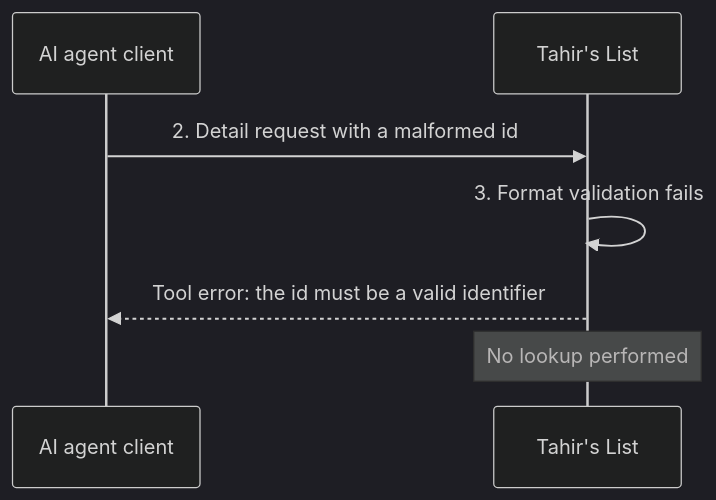
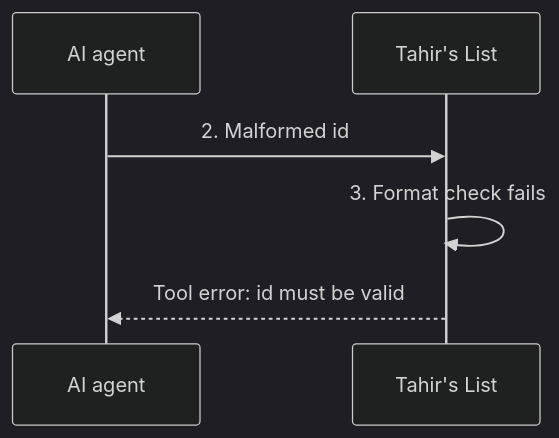
The fifth of 5 diagrams in docs/features/SC-209/04-blackbox/UC-02-view-restaurant.md (Losers-Lab/tahirs-list), drawn with Mermaid (dark theme) before and after one commit. The commit also changed other lines of this file and 10 other files, not shown here.

Commit message:
[SC-209] Retrofit design to diagram-first standard

````diff
--- a/docs/features/SC-209/04-blackbox/UC-02-view-restaurant.md
+++ b/docs/features/SC-209/04-blackbox/UC-02-view-restaurant.md
@@ -72,10 +53,8 @@
 ```mermaid
 sequenceDiagram
-    participant AG as AI agent client
+    participant AG as AI agent
     participant TL as Tahir's List
-
-    AG->>TL: 2. Detail request with a malformed id
-    TL->>TL: 3. Format validation fails
-    TL-->>AG: Tool error: the id must be a valid identifier
-    Note over TL: No lookup performed
+    AG->>TL: 2. Malformed id
+    TL->>TL: 3. Format check fails
+    TL-->>AG: Tool error: id must be valid
 ```
````
